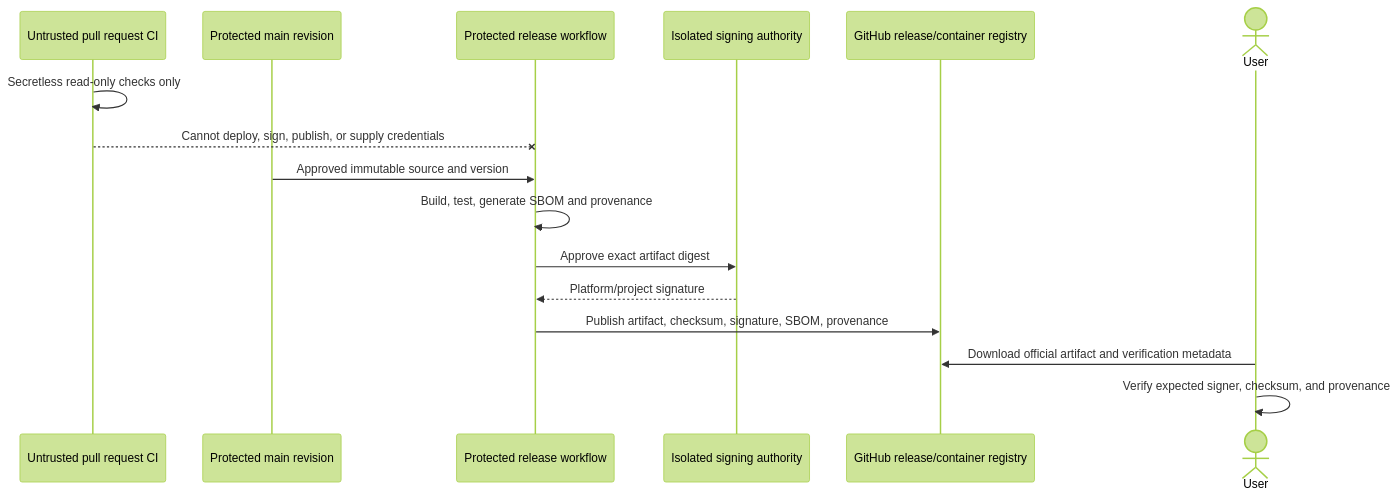
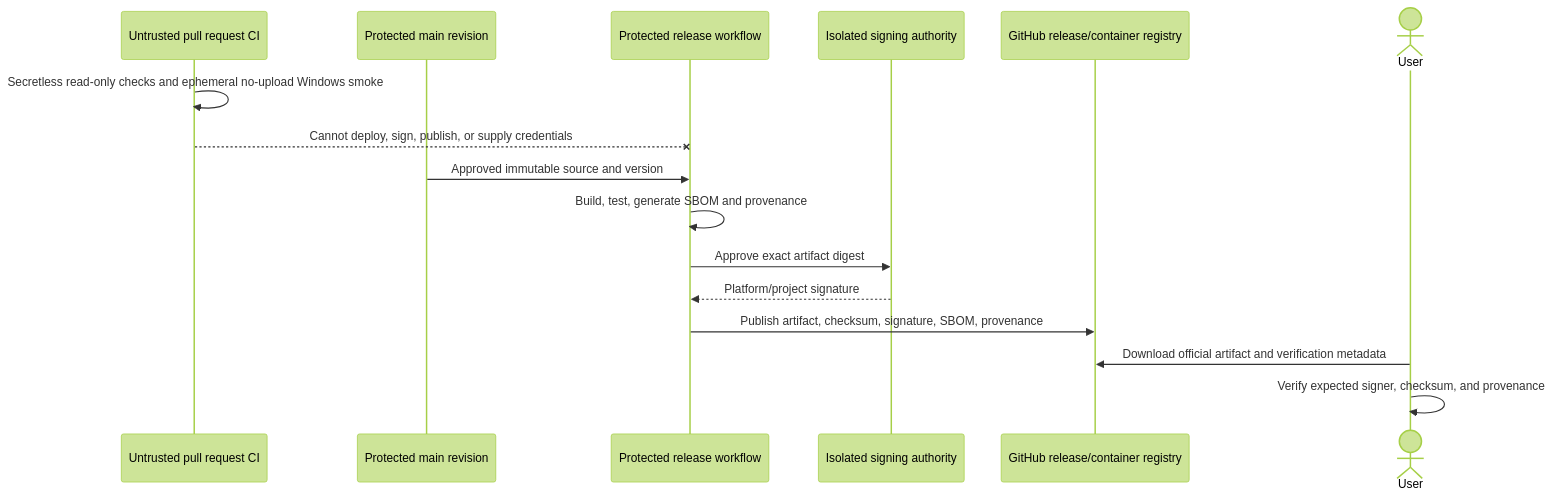
The tenth of 10 diagrams in docs/architecture/DATA_FLOW.md (Tah10n/viberacing), drawn with Mermaid (forest theme) before and after one commit. The commit also changed other lines of this file and 26 other files, not shown here.

````diff
--- a/docs/architecture/DATA_FLOW.md
+++ b/docs/architecture/DATA_FLOW.md
@@ -734,19 +736,19 @@
 ```mermaid
 sequenceDiagram
   participant PR as Untrusted pull request CI
   participant Main as Protected main revision
   participant Release as Protected release workflow
   participant Signer as Isolated signing authority
   participant Registry as GitHub release/container registry
   actor User
 
-  PR->>PR: Secretless read-only checks only
+  PR->>PR: Secretless read-only checks and ephemeral no-upload Windows smoke
   PR--xRelease: Cannot deploy, sign, publish, or supply credentials
   Main->>Release: Approved immutable source and version
   Release->>Release: Build, test, generate SBOM and provenance
   Release->>Signer: Approve exact artifact digest
   Signer-->>Release: Platform/project signature
   Release->>Registry: Publish artifact, checksum, signature, SBOM, provenance
   User->>Registry: Download official artifact and verification metadata
   User->>User: Verify expected signer, checksum, and provenance
 ```
````
